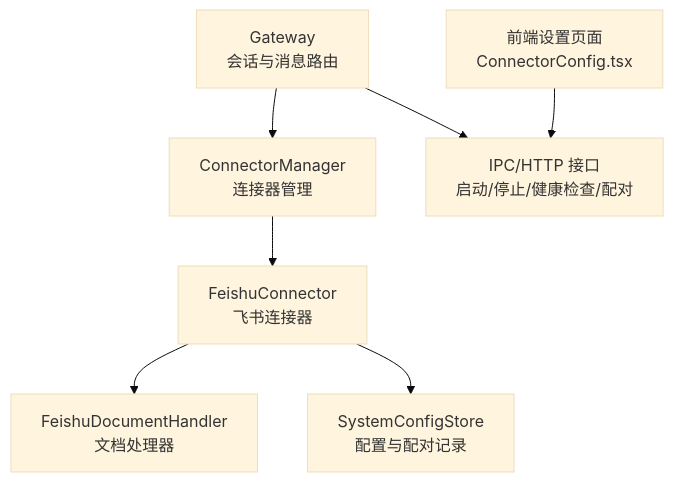
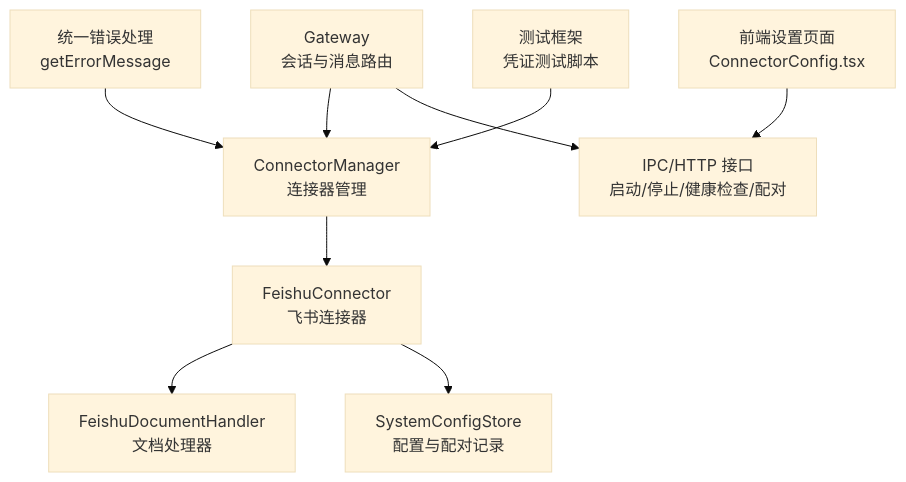
Before and after one commit to HEROhuqinchao/deepbot: the first of 10 diagrams in .qoder/repowiki/zh/content/连接器系统/连接器系统.md, drawn with Mermaid (base theme). The commit also changed other lines of this file and 8 other files, not shown here.

````diff
--- a/.qoder/repowiki/zh/content/连接器系统/连接器系统.md
+++ b/.qoder/repowiki/zh/content/连接器系统/连接器系统.md
@@ -43,9 +68,11 @@
 ```mermaid
 graph TB
 GW["Gateway<br/>会话与消息路由"] --> CM["ConnectorManager<br/>连接器管理"]
 CM --> FC["FeishuConnector<br/>飞书连接器"]
 FC --> FH["FeishuDocumentHandler<br/>文档处理器"]
 FC --> SCStore["SystemConfigStore<br/>配置与配对记录"]
 GW --> IPC["IPC/HTTP 接口<br/>启动/停止/健康检查/配对"]
 UI["前端设置页面<br/>ConnectorConfig.tsx"] --> IPC
+EH["统一错误处理<br/>getErrorMessage"] --> CM
+TF["测试框架<br/>凭证测试脚本"] --> CM
 ```
````
